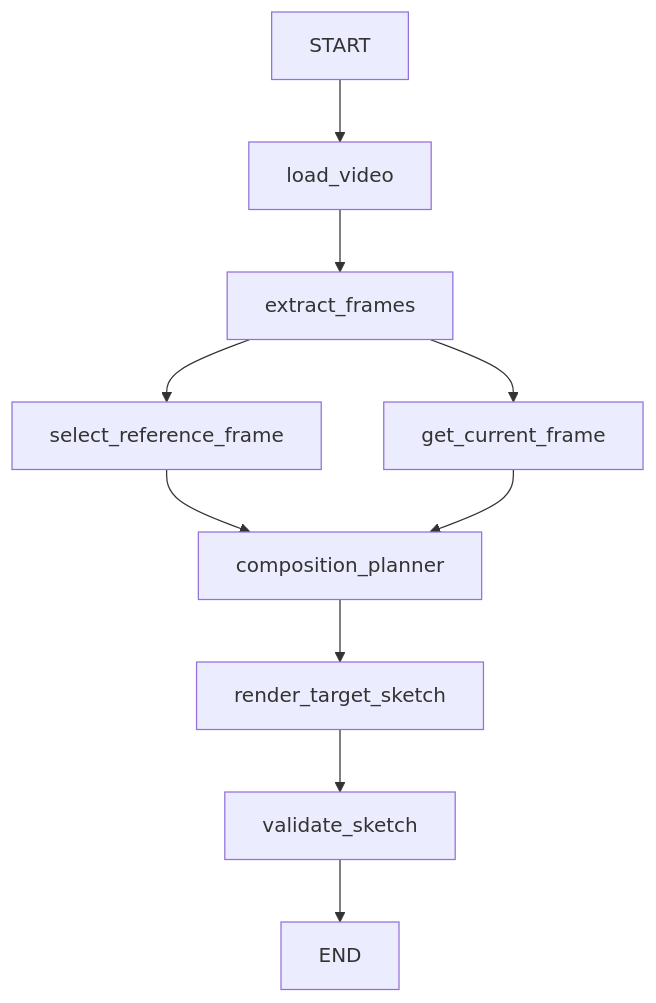
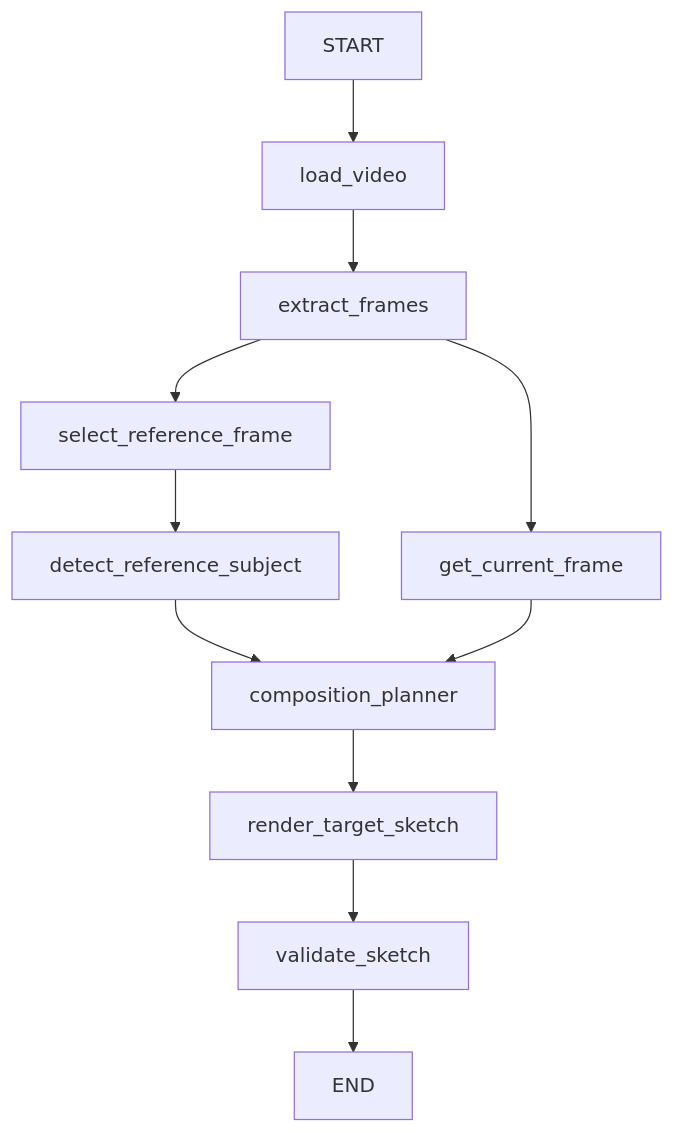
Before and after one commit to IcelandBee/PhotoAgent: the diagram in README.md, drawn with Mermaid. The commit also changed other lines of this file and 32 other files, not shown here.

````diff
--- a/README.md
+++ b/README.md
@@ -9,10 +9,11 @@
 ```mermaid
 graph TD
     START --> load_video --> extract_frames
     extract_frames --> select_reference_frame
     extract_frames --> get_current_frame
-    select_reference_frame --> composition_planner
+    select_reference_frame --> detect_reference_subject
+    detect_reference_subject --> composition_planner
     get_current_frame --> composition_planner
     composition_planner --> render_target_sketch
     render_target_sketch --> validate_sketch --> END
 ```
````
